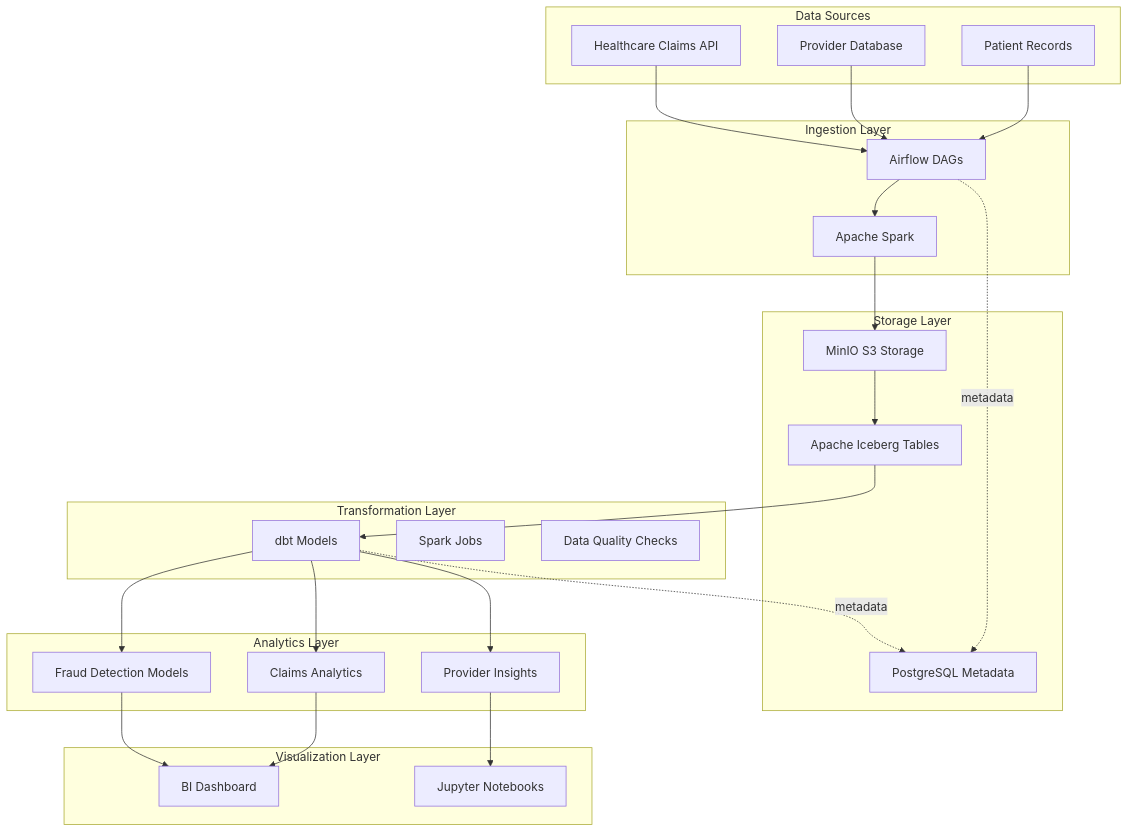
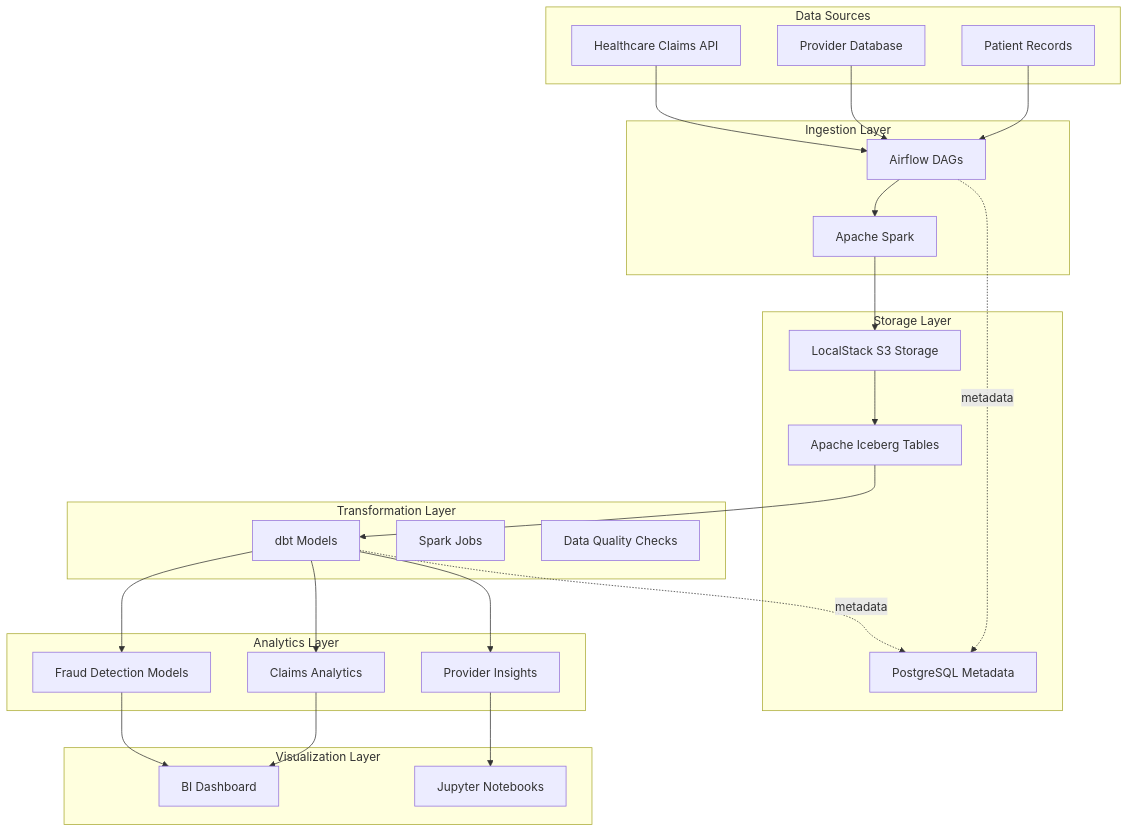
Before and after one commit to zmadni/medflow-analytics: the first of 12 diagrams in ARCHITECTURE.md, drawn with Mermaid. The commit also changed other lines of this file and 1 other file, not shown here.

Commit message:
Migrate from MinIO to LocalStack for S3 storage

````diff
--- a/ARCHITECTURE.md
+++ b/ARCHITECTURE.md
@@ -21,52 +21,52 @@
 ```mermaid
 graph TB
     subgraph "Data Sources"
         A1[Healthcare Claims API]
         A2[Provider Database]
         A3[Patient Records]
     end
 
     subgraph "Ingestion Layer"
         B1[Airflow DAGs]
         B2[Apache Spark]
     end
 
     subgraph "Storage Layer"
-        C1[MinIO S3 Storage]
+        C1[LocalStack S3 Storage]
         C2[Apache Iceberg Tables]
         C3[PostgreSQL Metadata]
     end
 
     subgraph "Transformation Layer"
         D1[dbt Models]
         D2[Spark Jobs]
         D3[Data Quality Checks]
     end
 
     subgraph "Analytics Layer"
         E1[Fraud Detection Models]
         E2[Claims Analytics]
         E3[Provider Insights]
     end
 
     subgraph "Visualization Layer"
         F1[BI Dashboard]
         F2[Jupyter Notebooks]
     end
 
     A1 --> B1
     A2 --> B1
     A3 --> B1
     B1 --> B2
     B2 --> C1
     C1 --> C2
     C2 --> D1
     D1 --> E1
     D1 --> E2
     D1 --> E3
     E1 --> F1
     E2 --> F1
     E3 --> F2
     B1 -.metadata.-> C3
     D1 -.metadata.-> C3
 ```
````
